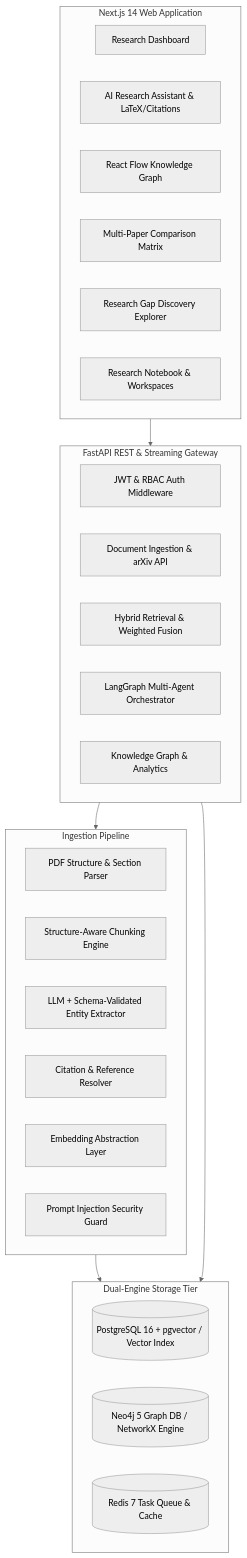
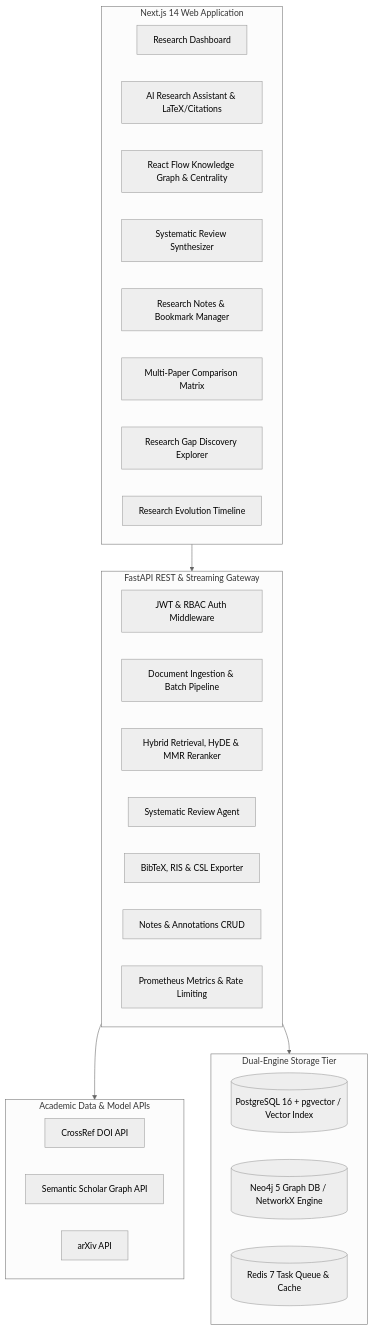
Before and after one commit to P-R-A-N-E-S-H/DeepGraph-AI: the diagram in README.md, drawn with Mermaid (neutral theme). The commit also changed other lines of this file, not shown here.

Commit message:
docs: update main README with features, architecture badges, and quickstart guide

````diff
--- a/README.md
+++ b/README.md
@@ -26,39 +32,39 @@
 ```mermaid
 flowchart TB
     subgraph Frontend["Next.js 14 Web Application"]
         Overview[Research Dashboard]
         ChatUI[AI Research Assistant & LaTeX/Citations]
-        GraphCanvas[React Flow Knowledge Graph]
+        GraphCanvas[React Flow Knowledge Graph & Centrality]
+        ReviewsUI[Systematic Review Synthesizer]
+        NotesUI[Research Notes & Bookmark Manager]
         CompareStudio[Multi-Paper Comparison Matrix]
         GapsExplorer[Research Gap Discovery Explorer]
-        Workspaces[Research Notebook & Workspaces]
+        TimelineUI[Research Evolution Timeline]
     end
 
     subgraph API["FastAPI REST & Streaming Gateway"]
         AuthService[JWT & RBAC Auth Middleware]
-        DocService[Document Ingestion & arXiv API]
-        SearchService[Hybrid Retrieval & Weighted Fusion]
-        AgentEngine[LangGraph Multi-Agent Orchestrator]
-        GraphService[Knowledge Graph & Analytics]
+        DocService[Document Ingestion & Batch Pipeline]
+        SearchService[Hybrid Retrieval, HyDE & MMR Reranker]
+        ReviewService[Systematic Review Agent]
+        ExportService[BibTeX, RIS & CSL Exporter]
+        NotesService[Notes & Annotations CRUD]
+        MetricsService[Prometheus Metrics & Rate Limiting]
     end
 
-    subgraph Pipeline["Ingestion Pipeline"]
-        Parser[PDF Structure & Section Parser]
-        Chunker[Structure-Aware Chunking Engine]
-        Extractor[LLM + Schema-Validated Entity Extractor]
-        CitationParser[Citation & Reference Resolver]
-        Embeddings[Embedding Abstraction Layer]
-        Defense[Prompt Injection Security Guard]
+    subgraph External["Academic Data & Model APIs"]
+        CrossRef[CrossRef DOI API]
+        SemanticScholar[Semantic Scholar Graph API]
+        ArXiv[arXiv API]
     end
 
     subgraph Storage["Dual-Engine Storage Tier"]
         Postgres[(PostgreSQL 16 + pgvector / Vector Index)]
         Neo4j[(Neo4j 5 Graph DB / NetworkX Engine)]
         Redis[(Redis 7 Task Queue & Cache)]
     end
 
     Frontend --> API
-    API --> Pipeline
-    Pipeline --> Storage
+    API --> External
     API --> Storage
 ```
````
